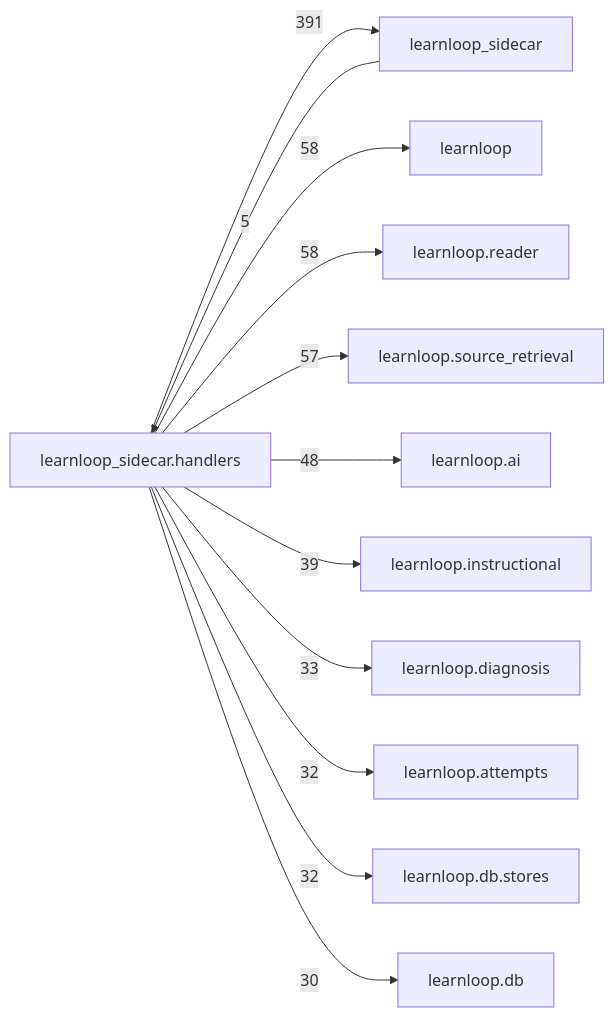
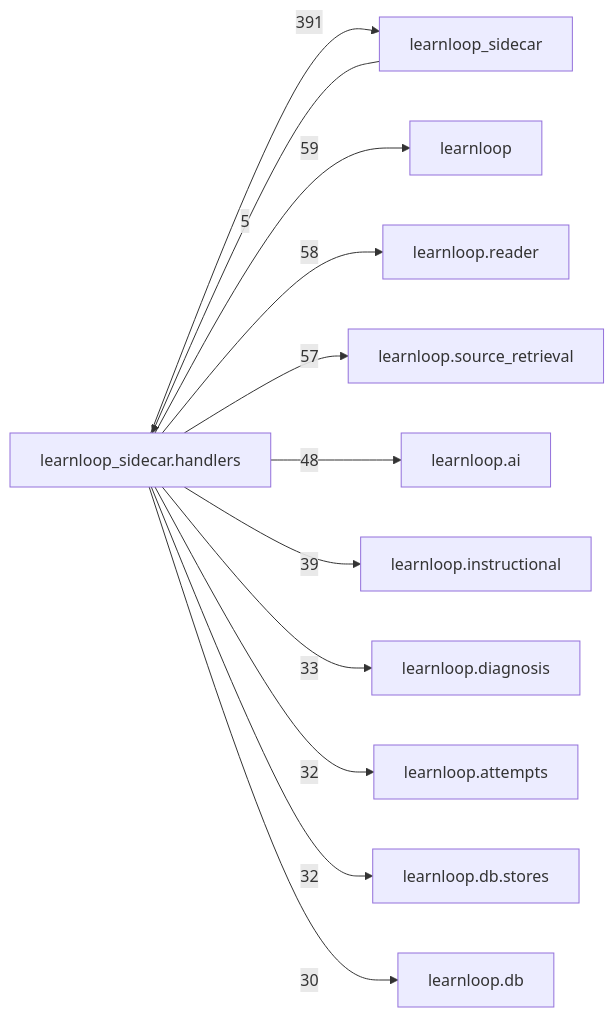
The diagram in docs/learnloop-architecture-vault/Reference/Modules/learnloop_sidecar/handlers/_package.md (6up-b/learnanything), drawn with Mermaid before and after one commit. The commit also changed other lines of this file and 158 other files, not shown here.

````diff
--- a/docs/learnloop-architecture-vault/Reference/Modules/learnloop_sidecar/handlers/_package.md
+++ b/docs/learnloop-architecture-vault/Reference/Modules/learnloop_sidecar/handlers/_package.md
@@ -287,25 +287,25 @@
 ```mermaid
 flowchart LR
     center["learnloop_sidecar.handlers"]
     n_learnloop_sidecar["learnloop_sidecar"]
     n_learnloop["learnloop"]
     n_learnloop_reader["learnloop.reader"]
     n_learnloop_source_retrieval["learnloop.source_retrieval"]
     n_learnloop_ai["learnloop.ai"]
     n_learnloop_instructional["learnloop.instructional"]
     n_learnloop_diagnosis["learnloop.diagnosis"]
     n_learnloop_attempts["learnloop.attempts"]
     n_learnloop_db_stores["learnloop.db.stores"]
     n_learnloop_db["learnloop.db"]
     n_learnloop_sidecar -->|5| center
     center -->|391| n_learnloop_sidecar
-    center -->|58| n_learnloop
+    center -->|59| n_learnloop
     center -->|58| n_learnloop_reader
     center -->|57| n_learnloop_source_retrieval
     center -->|48| n_learnloop_ai
     center -->|39| n_learnloop_instructional
     center -->|33| n_learnloop_diagnosis
     center -->|32| n_learnloop_attempts
     center -->|32| n_learnloop_db_stores
     center -->|30| n_learnloop_db
 ```
````
